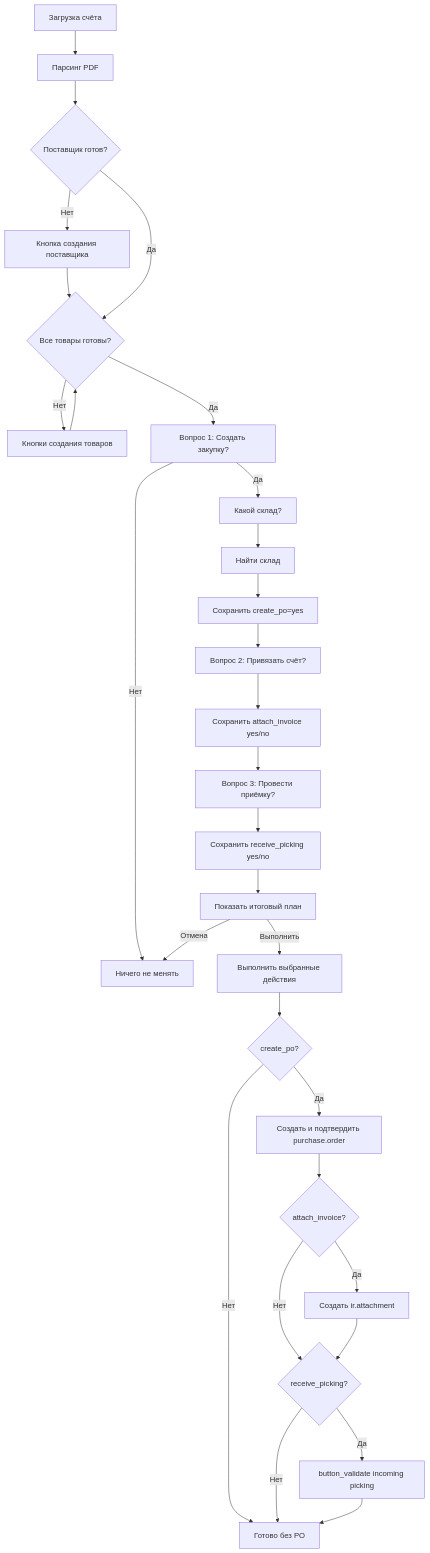
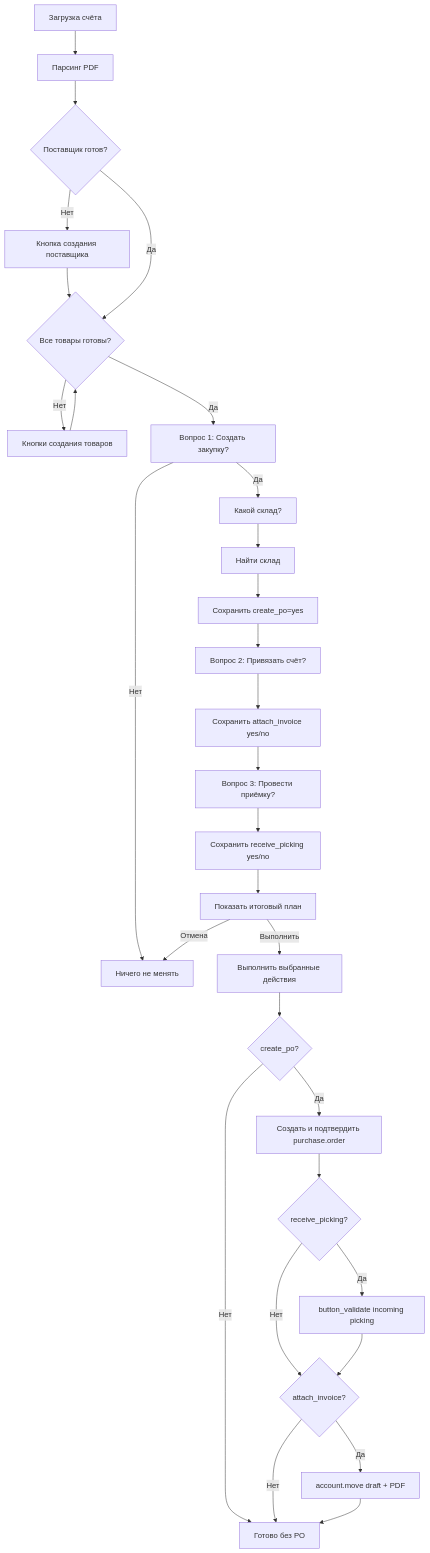
One commit to Sergtsk45/sklad changed the diagram in docs/tasktrecker-ai-assistent-v4.md. Above: the diagram before and after it, drawn with Mermaid. The commit also changed other lines of this file and 9 other files, not shown here.

First line of the commit message:
feat(ai_assistant): «Привязать счёт?» создаёт vendor bill с PDF

````diff
--- a/docs/tasktrecker-ai-assistent-v4.md
+++ b/docs/tasktrecker-ai-assistent-v4.md
@@ -42,32 +42,32 @@
 ```mermaid
 flowchart TD
     Upload[Загрузка счёта] --> Parse[Парсинг PDF]
     Parse --> Partner{Поставщик готов?}
     Partner -->|Нет| CreatePartner[Кнопка создания поставщика]
     CreatePartner --> Products
     Partner -->|Да| Products{Все товары готовы?}
     Products -->|Нет| CreateProducts[Кнопки создания товаров]
     CreateProducts --> Products
     Products -->|Да| AskPO[Вопрос 1: Создать закупку?]
     AskPO -->|Да| AskWarehouse[Какой склад?]
     AskWarehouse --> ResolveWarehouse[Найти склад]
     ResolveWarehouse --> StoreCreateYes[Сохранить create_po=yes]
     AskPO -->|Нет| Stop[Завершить без действий]
     StoreCreateYes --> AskAttach[Вопрос 2: Привязать счёт?]
     AskAttach --> StoreAttach[Сохранить attach_invoice yes/no]
     StoreAttach --> AskReceipt[Вопрос 3: Провести приёмку?]
     AskReceipt --> StoreReceipt[Сохранить receive_picking yes/no]
     StoreReceipt --> Summary[Показать итоговый план]
     Summary -->|Выполнить| Execute[Выполнить выбранные действия]
     Summary -->|Отмена| Stop[Ничего не менять]
     Execute --> MaybeCreatePO{create_po?}
     MaybeCreatePO -->|Да| CreatePO[Создать и подтвердить purchase.order]
     MaybeCreatePO -->|Нет| Done[Готово без PO]
-    CreatePO --> MaybeAttach{attach_invoice?}
-    MaybeAttach -->|Да| AttachInvoice[Создать ir.attachment]
-    MaybeAttach -->|Нет| MaybeReceive
-    AttachInvoice --> MaybeReceive{receive_picking?}
+    CreatePO --> MaybeReceive{receive_picking?}
     MaybeReceive -->|Да| ValidateReceipt[button_validate incoming picking]
-    MaybeReceive -->|Нет| Done
-    ValidateReceipt --> Done
+    MaybeReceive -->|Нет| MaybeAttach
+    ValidateReceipt --> MaybeAttach{attach_invoice?}
+    MaybeAttach -->|Да| CreateBill[account.move draft + PDF]
+    MaybeAttach -->|Нет| Done
+    CreateBill --> Done
 ```
````
